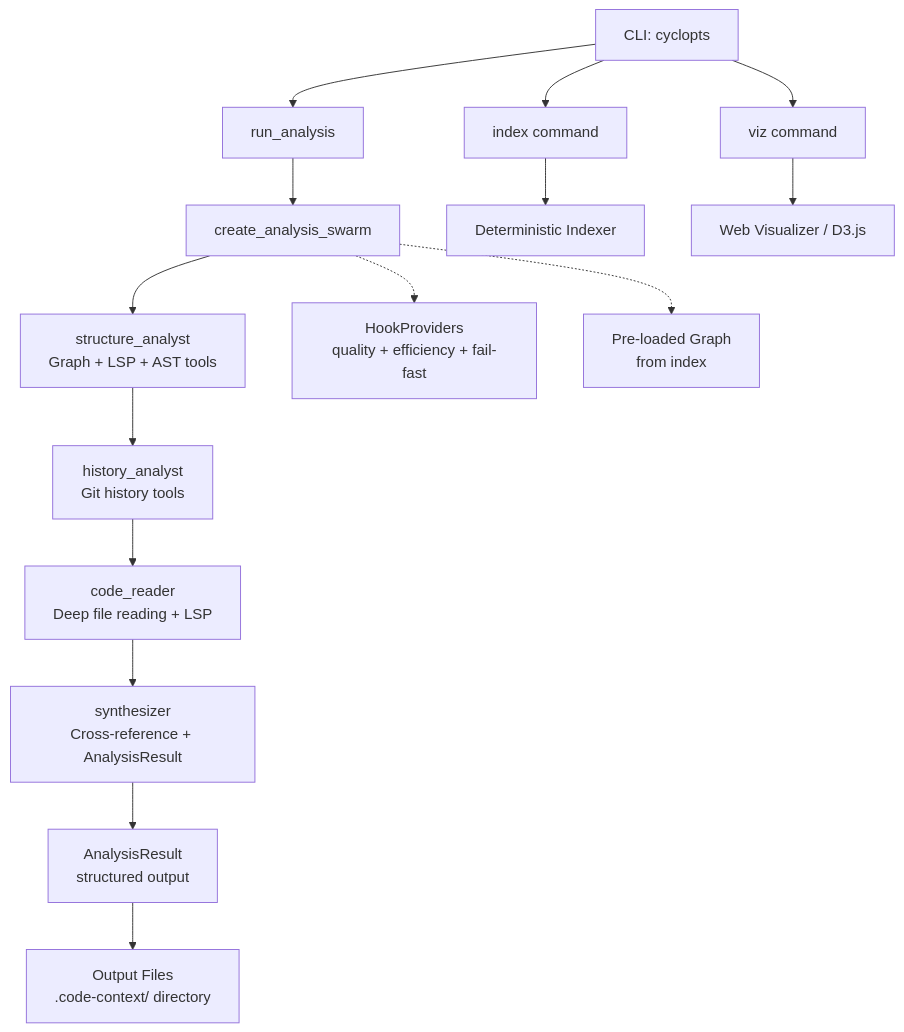
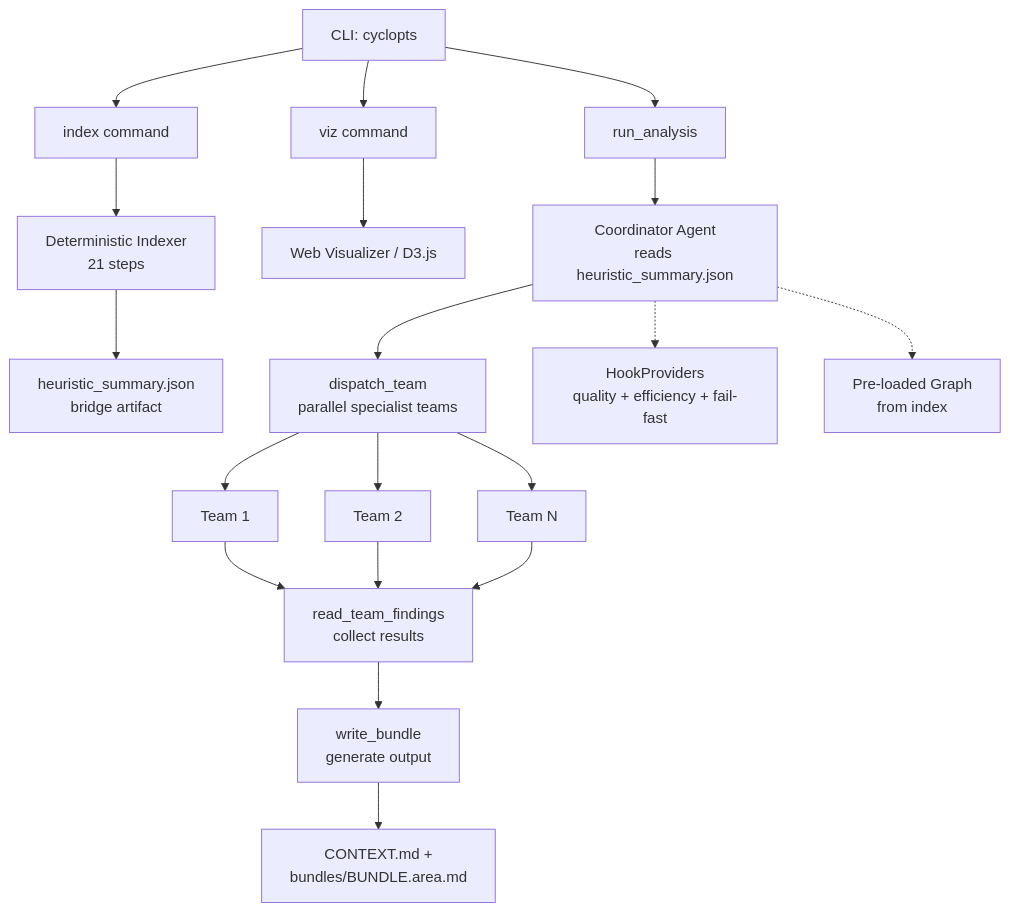
Before and after one commit to theagenticguy/code-context-agent: the diagram in docs/index.md, drawn with Mermaid. The commit also changed other lines of this file and 3 other files, not shown here.

````diff
--- a/docs/index.md
+++ b/docs/index.md
@@ -40,17 +40,19 @@
 ```mermaid
 flowchart TD
     A[CLI: cyclopts] --> B[run_analysis]
     A --> IDX[index command]
     A --> VIZ[viz command]
-    B --> SW[create_analysis_swarm]
-    IDX --> IDXP[Deterministic Indexer]
+    IDX --> IDXP[Deterministic Indexer<br/>21 steps]
+    IDXP --> HS[heuristic_summary.json<br/>bridge artifact]
     VIZ --> VIZS[Web Visualizer / D3.js]
-    SW --> SA[structure_analyst<br/>Graph + LSP + AST tools]
-    SA --> HA[history_analyst<br/>Git history tools]
-    HA --> CR[code_reader<br/>Deep file reading + LSP]
-    CR --> SY[synthesizer<br/>Cross-reference + AnalysisResult]
-    SY --> G[AnalysisResult<br/>structured output]
-    G --> O[Output Files<br/>.code-context/ directory]
-    SW -.-> F[HookProviders<br/>quality + efficiency + fail-fast]
-    SW -.-> GP[Pre-loaded Graph<br/>from index]
+    B --> COORD[Coordinator Agent<br/>reads heuristic_summary.json]
+    COORD --> DT[dispatch_team<br/>parallel specialist teams]
+    DT --> T1[Team 1]
+    DT --> T2[Team 2]
+    DT --> TN[Team N]
+    T1 & T2 & TN --> RF[read_team_findings<br/>collect results]
+    RF --> WB[write_bundle<br/>generate output]
+    WB --> OUT[CONTEXT.md +<br/>bundles/BUNDLE.area.md]
+    COORD -.-> F[HookProviders<br/>quality + efficiency + fail-fast]
+    COORD -.-> GP[Pre-loaded Graph<br/>from index]
 ```
````
